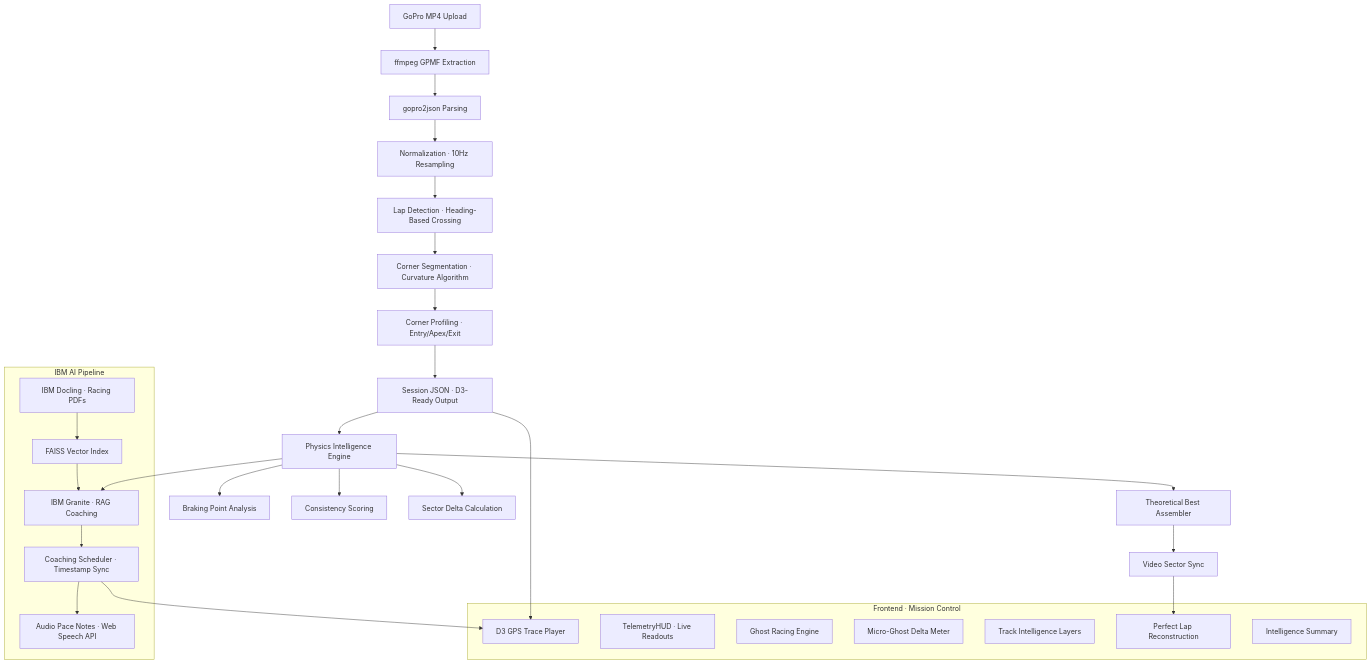
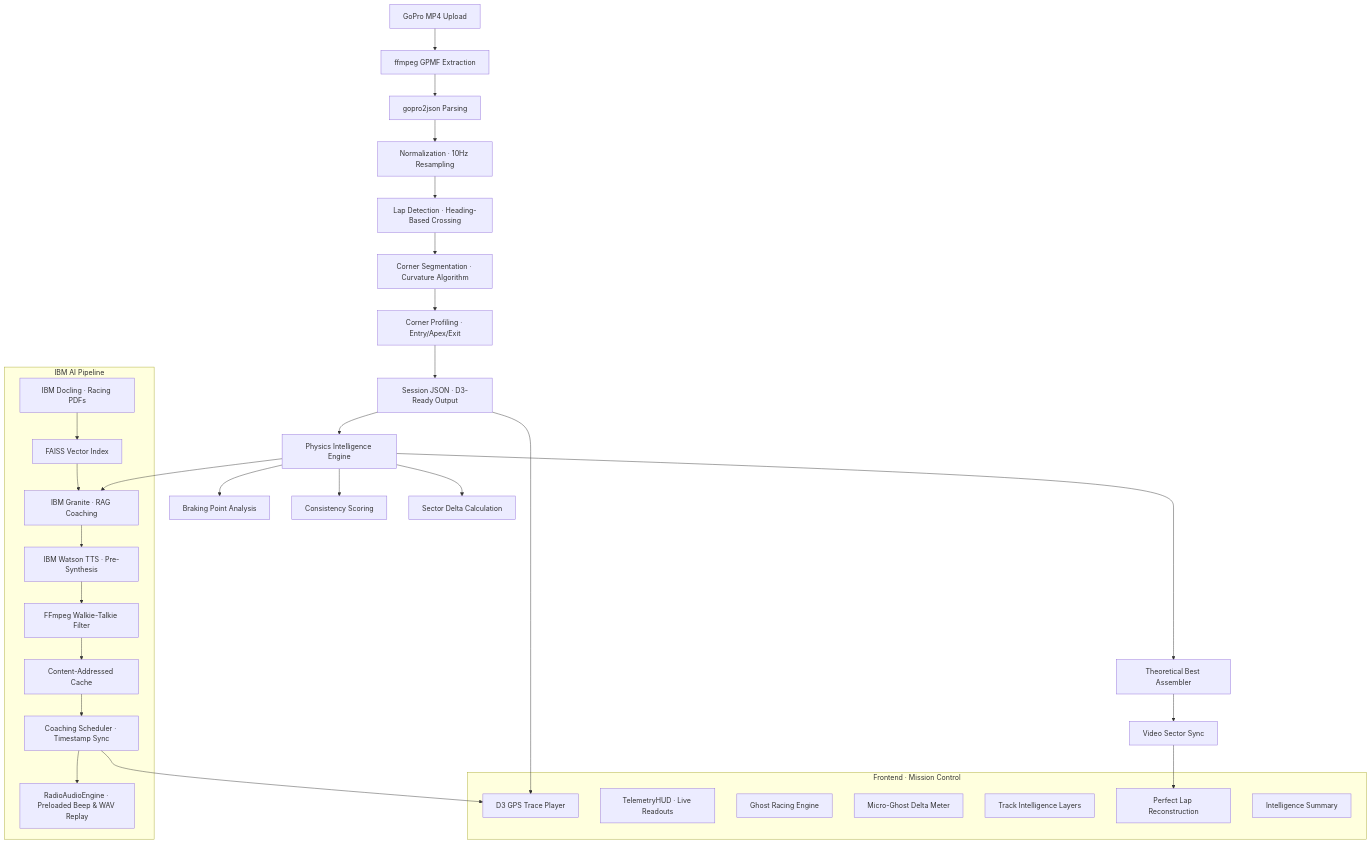
One commit to Labreo/PitWall changed the diagram in README.md. Above: the diagram before and after it, drawn with Mermaid. The commit also changed other lines of this file and 22 other files, not shown here.

Commit message:
feat: implement text-to-speech engine with audio caching and integrate coaching audio playback in the frontend.

````diff
--- a/README.md
+++ b/README.md
@@ -267,40 +272,43 @@
 ```mermaid
 graph TD
     A[GoPro MP4 Upload] --> B[ffmpeg GPMF Extraction]
     B --> C[gopro2json Parsing]
     C --> D["Normalization · 10Hz Resampling"]
     D --> E["Lap Detection · Heading-Based Crossing"]
     E --> F["Corner Segmentation · Curvature Algorithm"]
     F --> G["Corner Profiling · Entry/Apex/Exit"]
     G --> H["Session JSON · D3-Ready Output"]
 
     H --> I[Physics Intelligence Engine]
     I --> J[Braking Point Analysis]
     I --> K[Consistency Scoring]
     I --> L[Sector Delta Calculation]
     I --> M[Theoretical Best Assembler]
 
     subgraph IBM_AI_Pipeline ["IBM AI Pipeline"]
     N["IBM Docling · Racing PDFs"] --> O["FAISS Vector Index"]
     O --> P["IBM Granite · RAG Coaching"]
-    P --> Q["Coaching Scheduler · Timestamp Sync"]
-    Q --> R["Audio Pace Notes · Web Speech API"]
+    P --> QA["IBM Watson TTS · Pre-Synthesis"]
+    QA --> QB["FFmpeg Walkie-Talkie Filter"]
+    QB --> QC["Content-Addressed Cache"]
+    QC --> Q["Coaching Scheduler · Timestamp Sync"]
+    Q --> R["RadioAudioEngine · Preloaded Beep & WAV Replay"]
     end
 
     I --> P
     M --> S[Video Sector Sync]
 
     subgraph Frontend_Mission_Control ["Frontend · Mission Control"]
     T[D3 GPS Trace Player]
     U["TelemetryHUD · Live Readouts"]
     V["Ghost Racing Engine"]
     W["Micro-Ghost Delta Meter"]
     X[Track Intelligence Layers]
     Y[Perfect Lap Reconstruction]
     Z[Intelligence Summary]
     end
 
     Q --> T
     S --> Y
     H --> T
 ```
````
